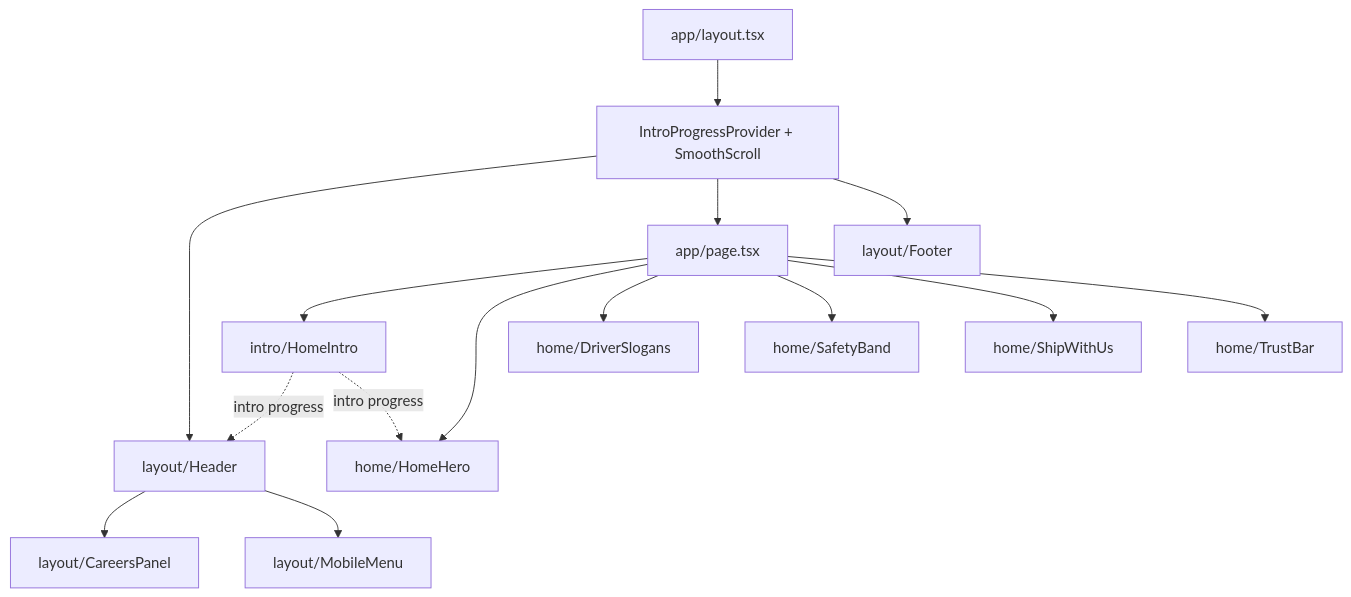
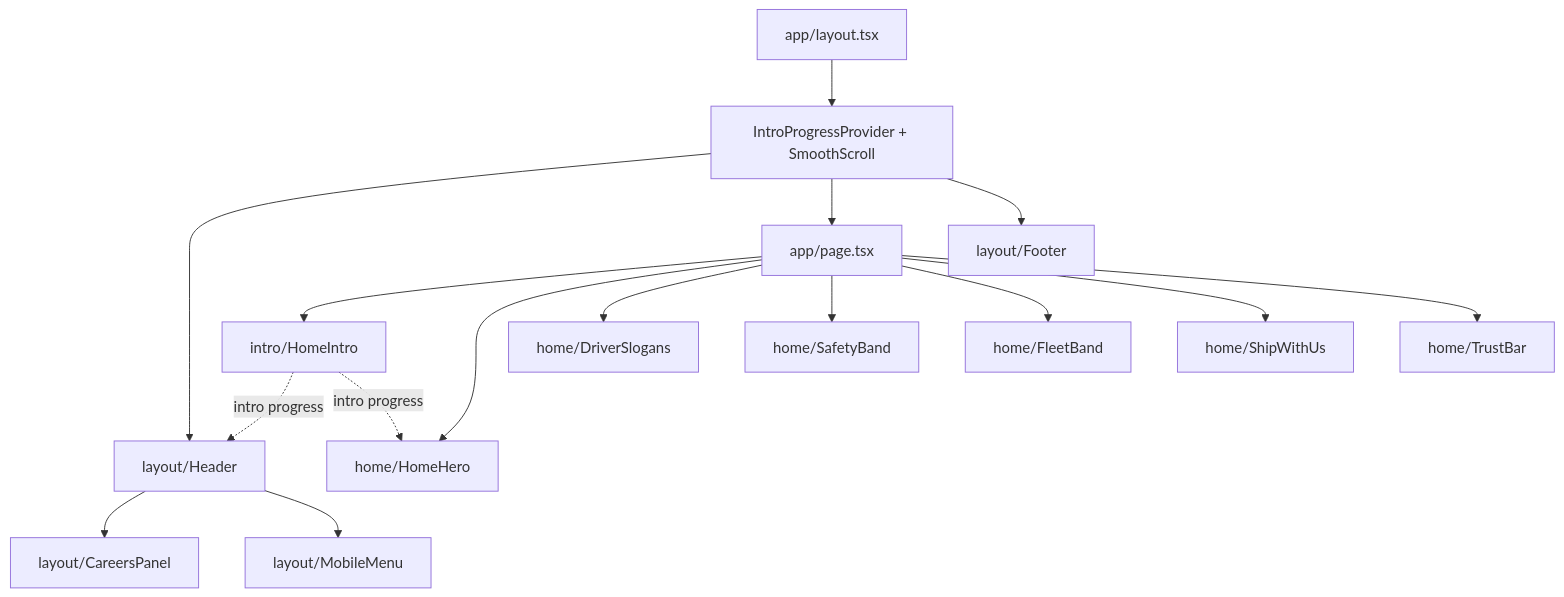
Before and after one commit to stadlerv3311/laughing-dollop: the diagram in docs/NAVIGATION.md, drawn with Mermaid. The commit also changed other lines of this file and 6 other files, not shown here.

First line of the commit message:
Add a full-bleed fleet band between the safety band and Ship with us

````diff
--- a/docs/NAVIGATION.md
+++ b/docs/NAVIGATION.md
@@ -53,17 +54,18 @@
 ```mermaid
 flowchart TD
   Layout["app/layout.tsx"] --> Providers["IntroProgressProvider + SmoothScroll"]
   Providers --> Header["layout/Header"]
   Providers --> Page["app/page.tsx"]
   Providers --> Footer["layout/Footer"]
   Header --> CareersPanel["layout/CareersPanel"]
   Header --> MobileMenu["layout/MobileMenu"]
   Page --> HomeIntro["intro/HomeIntro"]
   Page --> HomeHero["home/HomeHero"]
   Page --> DriverSlogans["home/DriverSlogans"]
   Page --> SafetyBand["home/SafetyBand"]
+  Page --> FleetBand["home/FleetBand"]
   Page --> ShipWithUs["home/ShipWithUs"]
   Page --> TrustBar["home/TrustBar"]
   HomeIntro -. "intro progress" .-> Header
   HomeIntro -. "intro progress" .-> HomeHero
 ```
````
